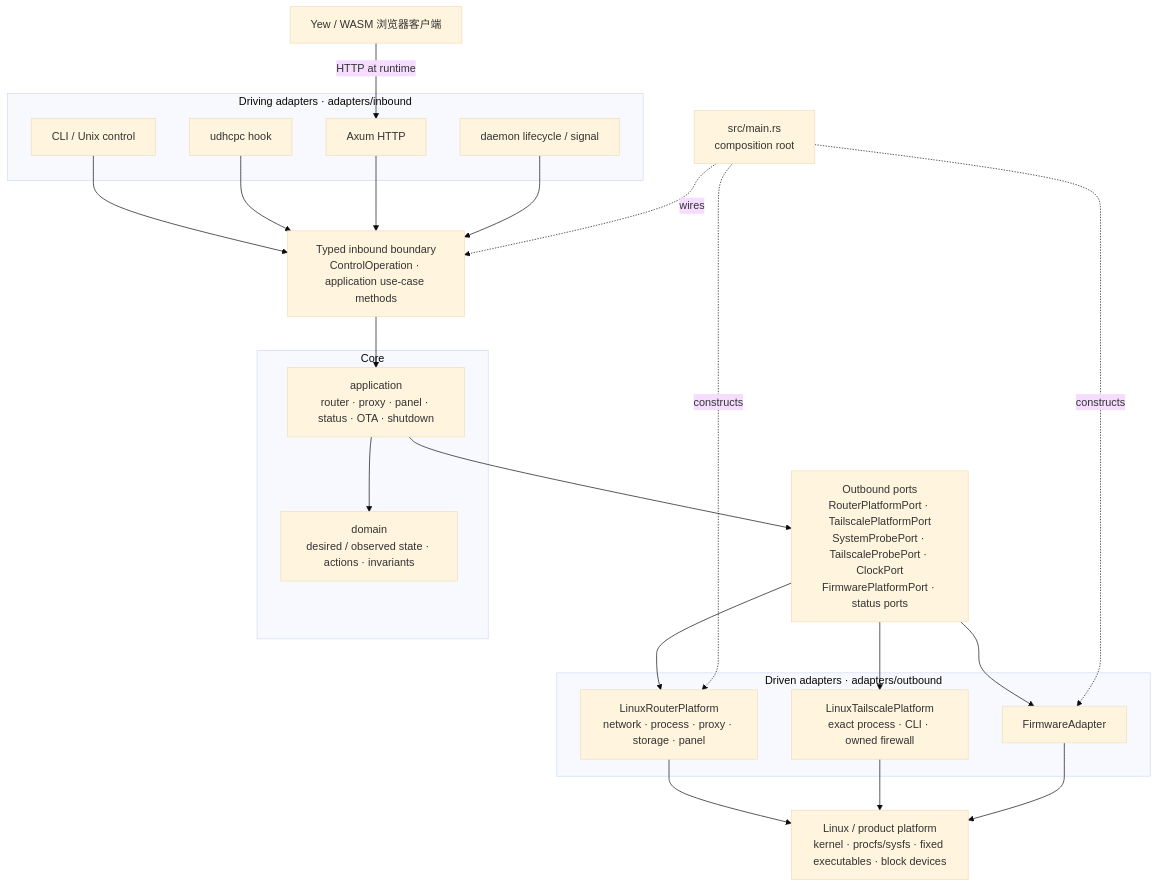
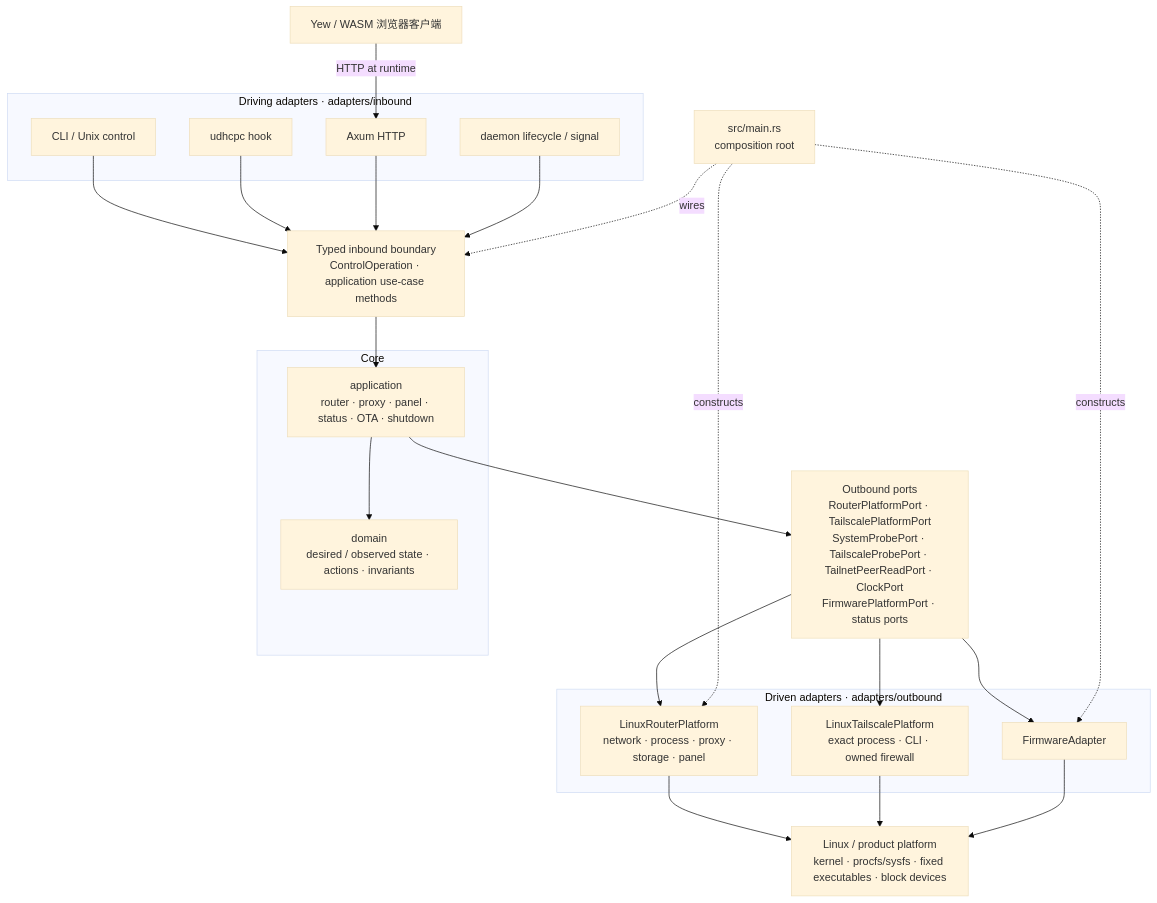
Before and after one commit to hyz-rk3568-sdk/hyz-things: the second of 3 diagrams in docs/router.md, drawn with Mermaid (base theme). The commit also changed other lines of this file and 26 other files, not shown here.

````diff
--- a/docs/router.md
+++ b/docs/router.md
@@ -74,48 +74,48 @@
 ```mermaid
 flowchart TB
     Web["Yew / WASM 浏览器客户端"]
 
     subgraph Driving["Driving adapters · adapters/inbound"]
         CLI["CLI / Unix control"]
         DHCP["udhcpc hook"]
         HTTP["Axum HTTP"]
         Lifecycle["daemon lifecycle / signal"]
     end
 
     Inbound["Typed inbound boundary<br/>ControlOperation · application use-case methods"]
 
     subgraph Core["Core"]
         Application["application<br/>router · proxy · panel · status · OTA · shutdown"]
         Domain["domain<br/>desired / observed state · actions · invariants"]
         Application --> Domain
     end
 
-    Outbound["Outbound ports<br/>RouterPlatformPort · TailscalePlatformPort<br/>SystemProbePort · TailscaleProbePort · ClockPort<br/>FirmwarePlatformPort · status ports"]
+    Outbound["Outbound ports<br/>RouterPlatformPort · TailscalePlatformPort<br/>SystemProbePort · TailscaleProbePort · TailnetPeerReadPort · ClockPort<br/>FirmwarePlatformPort · status ports"]
 
     subgraph Driven["Driven adapters · adapters/outbound"]
         Linux["LinuxRouterPlatform<br/>network · process · proxy · storage · panel"]
         Tailscale["LinuxTailscalePlatform<br/>exact process · CLI · owned firewall"]
         Firmware["FirmwareAdapter"]
     end
 
     External["Linux / product platform<br/>kernel · procfs/sysfs · fixed executables · block devices"]
     Main["src/main.rs<br/>composition root"]
 
     Web -->|"HTTP at runtime"| HTTP
     CLI --> Inbound
     DHCP --> Inbound
     HTTP --> Inbound
     Lifecycle --> Inbound
     Inbound --> Application
     Application --> Outbound
     Outbound --> Linux
     Outbound --> Tailscale
     Outbound --> Firmware
     Linux --> External
     Tailscale --> External
     Firmware --> External
 
     Main -. "wires" .-> Inbound
     Main -. "constructs" .-> Linux
     Main -. "constructs" .-> Firmware
 ```
````
